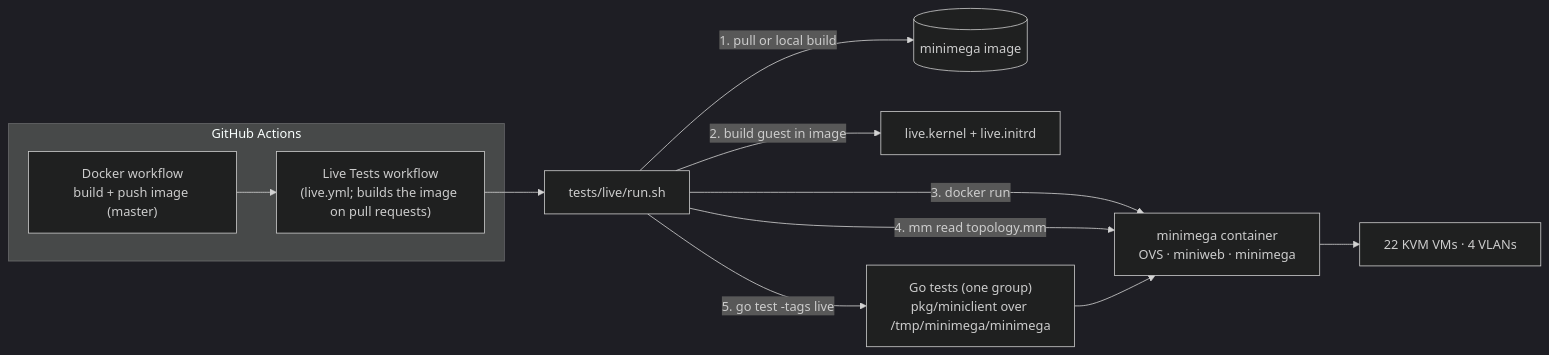
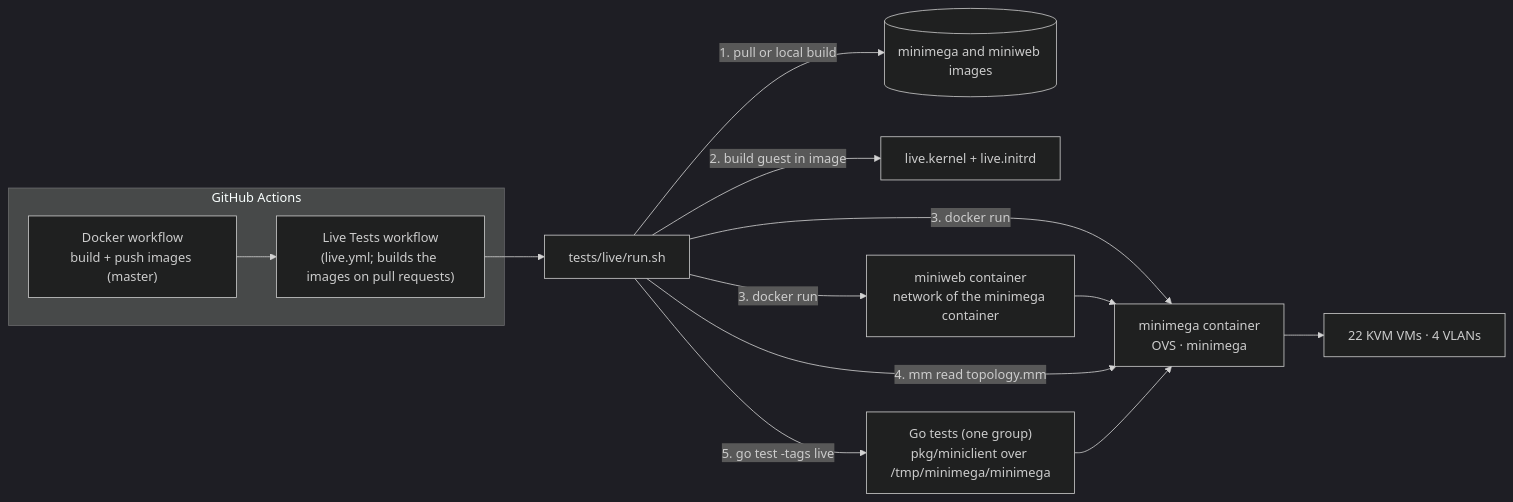
Before and after one commit to sandia-minimega/minimega: the first of 2 diagrams in tests/live/README.md, drawn with Mermaid (dark theme). The commit also changed other lines of this file and 16 other files, not shown here.

First line of the commit message:
feat(docker): run miniweb in its own container

````diff
--- a/tests/live/README.md
+++ b/tests/live/README.md
@@ -13,14 +13,16 @@
 ```mermaid
 flowchart LR
   subgraph CI["GitHub Actions"]
-    D["Docker workflow<br/>build + push image (master)"] --> L["Live Tests workflow<br/>(live.yml; builds the image on pull requests)"]
+    D["Docker workflow<br/>build + push images (master)"] --> L["Live Tests workflow<br/>(live.yml; builds the images on pull requests)"]
   end
   L --> R["tests/live/run.sh"]
-  R -->|1. pull or local build| I[("minimega image")]
+  R -->|1. pull or local build| I[("minimega and miniweb images")]
   R -->|2. build guest in image| G["live.kernel + live.initrd"]
-  R -->|3. docker run| C["minimega container<br/>OVS · miniweb · minimega"]
+  R -->|3. docker run| C["minimega container<br/>OVS · minimega"]
+  R -->|3. docker run| W["miniweb container<br/>network of the minimega container"]
+  W --> C
   R -->|4. mm read topology.mm| C
   R -->|5. go test -tags live| T["Go tests (one group)<br/>pkg/miniclient over /tmp/minimega/minimega"]
   T --> C
   C --> V["22 KVM VMs · 4 VLANs"]
 ```
````
